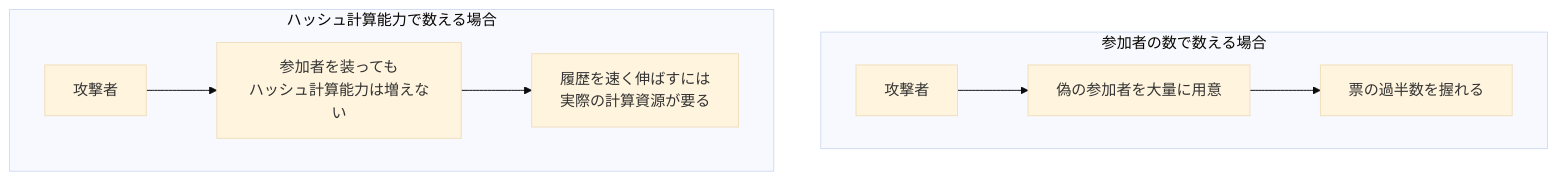
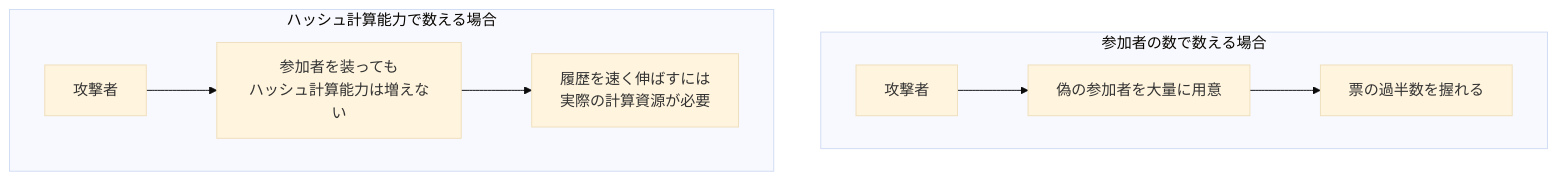
One commit to nao1215/debimate changed the fourth of 6 diagrams in content/notes/blockchain-systems/proof-of-work/index.md. Above: the diagram before and after it, drawn with Mermaid (base theme). The commit also changed other lines of this file and 46 other files, not shown here.

````diff
--- a/content/notes/blockchain-systems/proof-of-work/index.md
+++ b/content/notes/blockchain-systems/proof-of-work/index.md
@@ -65,11 +65,11 @@
 ```mermaid
 flowchart TD
     subgraph V1["参加者の数で数える場合"]
         A1["攻撃者"] --> F1["偽の参加者を大量に用意"]
         F1 --> W1["票の過半数を握れる"]
     end
     subgraph V2["ハッシュ計算能力で数える場合"]
         A2["攻撃者"] --> F2["参加者を装っても<br/>ハッシュ計算能力は増えない"]
-        F2 --> W2["履歴を速く伸ばすには<br/>実際の計算資源が要る"]
+        F2 --> W2["履歴を速く伸ばすには<br/>実際の計算資源が必要"]
     end
 ```
````
